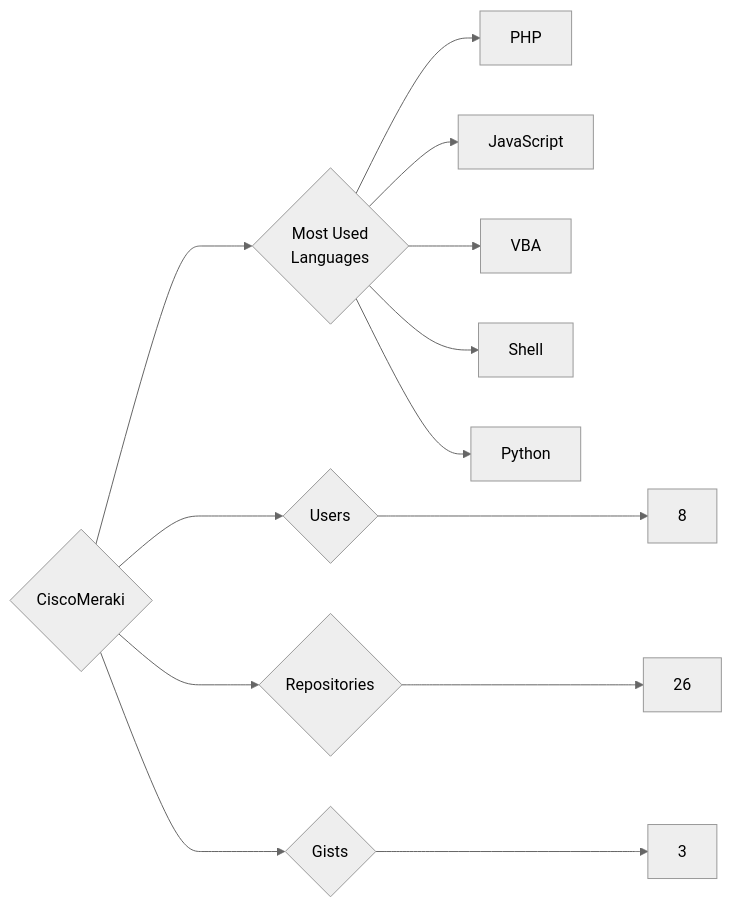
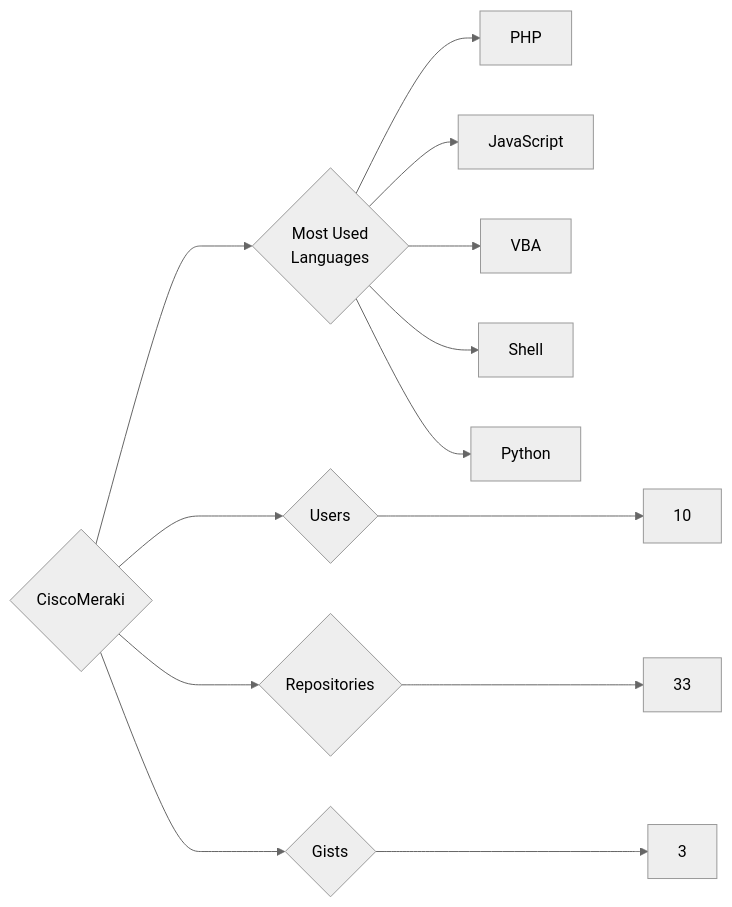
Before and after one commit to trickest/insiders: the diagram in targets/CiscoMeraki/README.md, drawn with Mermaid (neutral theme). The commit also changed 1170 other files, not shown here.

````diff
--- a/targets/CiscoMeraki/README.md
+++ b/targets/CiscoMeraki/README.md
@@ -3,13 +3,13 @@
 ```mermaid
 graph LR
 COMPANY_NAME{CiscoMeraki}
-COMPANY_NAME ---> U{Users} ---> UN[8]
-COMPANY_NAME ---> R{Repositories} ---> RN[26]
+COMPANY_NAME ---> U{Users} ---> UN[10]
+COMPANY_NAME ---> R{Repositories} ---> RN[33]
 COMPANY_NAME ---> G{Gists} ---> GN[3]
 COMPANY_NAME ---> ML{Most Used<br>Languages}
 ML --> PHP[PHP]
 ML --> JavaScript[JavaScript]
 ML --> VBA[VBA]
 ML --> Shell[Shell]
 ML --> Python[Python]
 ```
````
